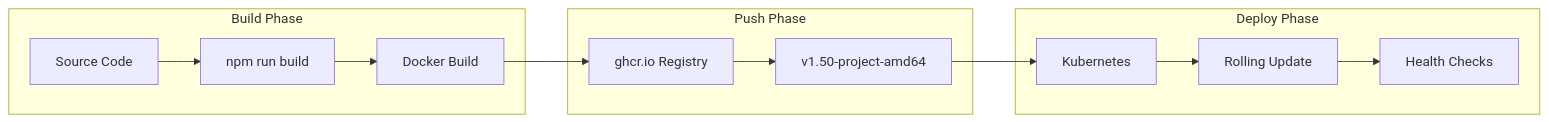
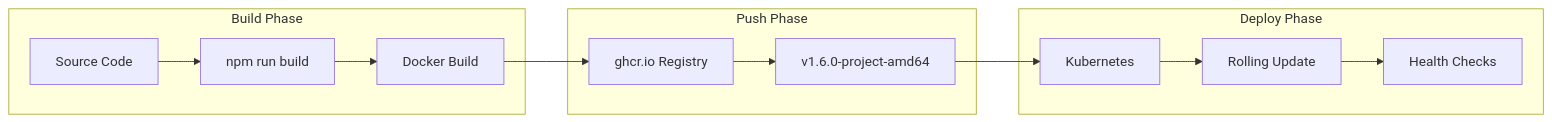
One commit to connectplatform/ring changed the eighth of 10 diagrams in README.md. Above: the diagram before and after it, drawn with Mermaid. The commit also changed other lines of this file and 211 other files, not shown here.

````diff
--- a/README.md
+++ b/README.md
@@ -1014,27 +1010,27 @@
 ```mermaid
 flowchart LR
     subgraph Build["Build Phase"]
         CODE[Source Code]
         NPM[npm run build]
         DOCKER[Docker Build]
     end
     
     subgraph Push["Push Phase"]
         GHCR[ghcr.io Registry]
-        TAG[v1.50-project-amd64]
+        TAG[v1.6.0-project-amd64]
     end
     
     subgraph Deploy["Deploy Phase"]
         K8S[Kubernetes]
         ROLL[Rolling Update]
         HEALTH[Health Checks]
     end
     
     CODE --> NPM
     NPM --> DOCKER
     DOCKER --> GHCR
     GHCR --> TAG
     TAG --> K8S
     K8S --> ROLL
     ROLL --> HEALTH
 ```
````
